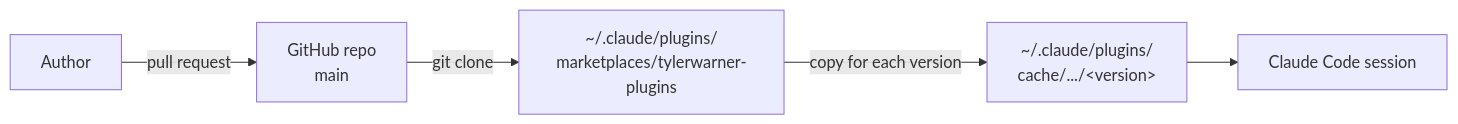
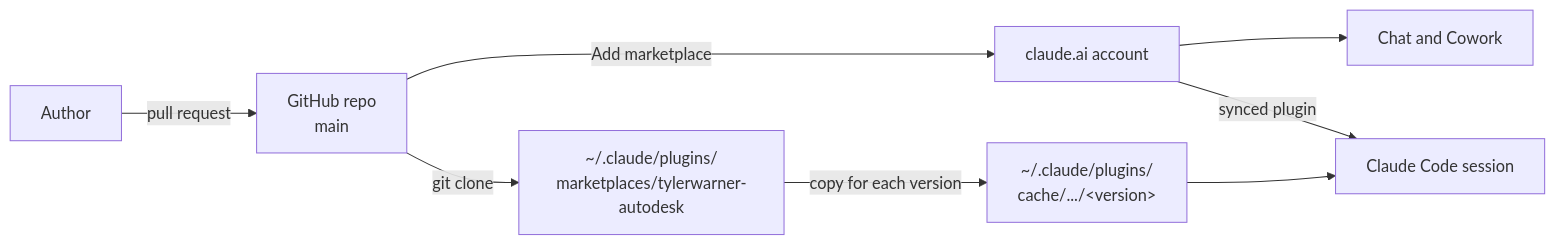
The diagram in Docs/Claude-Plugin-Distribution.md (tylerwarner33/autodesk-claude-plugins), drawn with Mermaid before and after one commit. The commit also changed other lines of this file and 15 other files, not shown here.

First line of the commit message:
Support claude.ai, Claude desktop, and Cowork; rename marketplace to tylerwarner-autodesk (#4)

````diff
--- a/Docs/Claude-Plugin-Distribution.md
+++ b/Docs/Claude-Plugin-Distribution.md
@@ -17,7 +37,10 @@
 ```mermaid
 flowchart LR
     Dev["Author"] -->|pull request| Main["GitHub repo<br/>main"]
-    Main -->|git clone| Clone["~/.claude/plugins/<br/>marketplaces/tylerwarner-plugins"]
+    Main -->|Add marketplace| Account["claude.ai account"]
+    Account --> Chat["Chat and Cowork"]
+    Account -->|synced plugin| Code["Claude Code session"]
+    Main -->|git clone| Clone["~/.claude/plugins/<br/>marketplaces/tylerwarner-autodesk"]
     Clone -->|copy for each version| Cache["~/.claude/plugins/<br/>cache/.../&lt;version&gt;"]
-    Cache --> Session["Claude Code session"]
+    Cache --> Code
 ```
````
